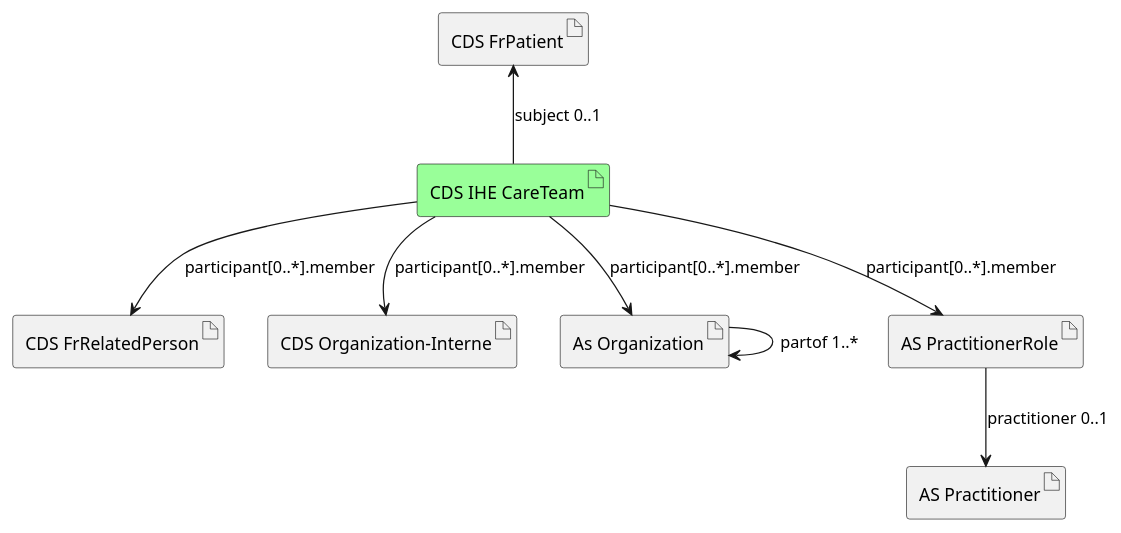
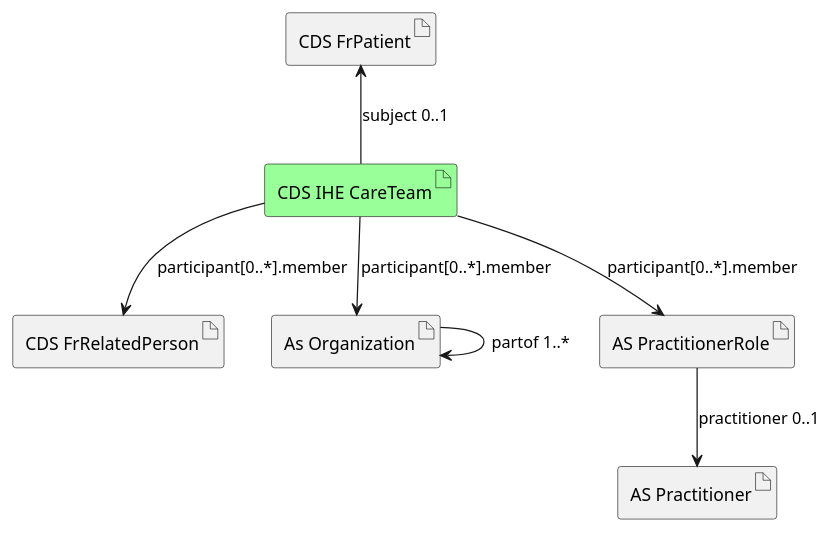
Before and after one commit to ansforge/IG-fhir-cercle-de-soins: the diagram in input/images-source/document-overview.plantuml, drawn with PlantUML.

Commit message:
Rm orgaint

```diff
--- a/input/images-source/document-overview.plantuml
+++ b/input/images-source/document-overview.plantuml
@@ -1,45 +1,42 @@
 @startuml document-overview
 
 artifact "CDS FrPatient" as patient
 artifact "CDS IHE CareTeam" as careteam #99FF99
 
 artifact "CDS FrRelatedPerson" as cdsfrrelatedperson
-artifact "CDS Organization-Interne" as cdsorganization
 artifact "As Organization" as asorganization
 artifact "AS Practitioner" as aspractitioner
 artifact "AS PractitionerRole" as aspractitionerrole
 
 url of patient is [[StructureDefinition-cds-fr-patient.html]]
 url of cdsfrrelatedperson is [[StructureDefinition-cds-fr-related-person.html]]
 url of careteam is [[StructureDefinition-cds-ihe-careteam.html]]
-url of cdsorganization is [[StructureDefinition-cds-organization-interne.html]]
 
 ' ###########
 ' # Patient #
 ' ###########
 patient <-- careteam : subject 0..1
 
 
 ' ############
 ' # careteam #
 ' ############
 careteam --> cdsfrrelatedperson : participant[0..*].member
-careteam --> cdsorganization : participant[0..*].member
 careteam --> asorganization : participant[0..*].member
 careteam --> aspractitionerrole : participant[0..*].member
 
 ' ##################
 ' # frorganization #
 ' ##################
 asorganization --> asorganization : partof 1..*
 
 
 ' Dans le schéma initial, il y a d'autres relations qui n'ont pas été tracées : Lien entre orgaint et FrOrganization, Lien entre practitionerrole et organization.
 
 
 ' ####################
 ' # practitionerrole #
 ' ####################
 aspractitionerrole -->  aspractitioner : practitioner 0..1
 
 @enduml
```
